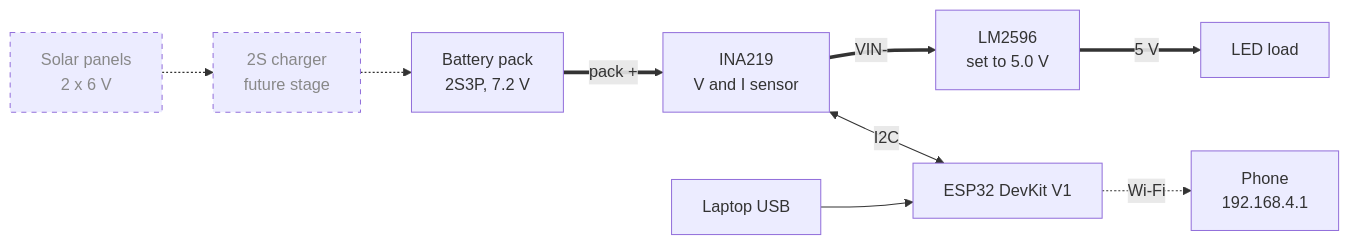
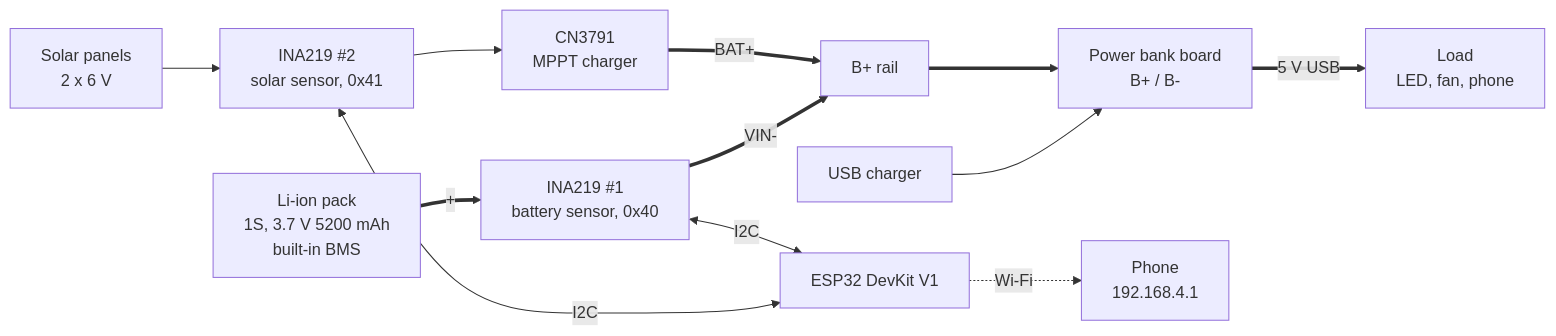
One commit to hardikrawat910-byte/smart-solar-bank changed the diagram in README.md. Above: the diagram before and after it, drawn with Mermaid. The commit also changed other lines of this file and 3 other files, not shown here.

First line of the commit message:
Document the v2 build: 1S pack, power bank board, CN3791 solar

````diff
--- a/README.md
+++ b/README.md
@@ -24,12 +36,14 @@
 ```mermaid
 flowchart LR
-    SP[Solar panels<br/>2 x 6 V]:::future -.-> CH[2S charger<br/>future stage]:::future
-    CH -.-> BAT[Battery pack<br/>2S3P, 7.2 V]
-    BAT ==>|pack +| INA[INA219<br/>V and I sensor]
-    INA ==>|VIN-| LM[LM2596<br/>set to 5.0 V]
-    LM ==>|5 V| LOAD[LED load]
-    INA <-->|I2C| ESP[ESP32 DevKit V1]
-    USB[Laptop USB] --> ESP
+    SP[Solar panels<br/>2 x 6 V] --> S2[INA219 #2<br/>solar sensor, 0x41]
+    S2 --> CN[CN3791<br/>MPPT charger]
+    CN ==>|BAT+| NODE[B+ rail]
+    BAT[Li-ion pack<br/>1S, 3.7 V 5200 mAh<br/>built-in BMS] ==>|+| S1[INA219 #1<br/>battery sensor, 0x40]
+    S1 ==>|VIN-| NODE
+    NODE ==> PB[Power bank board<br/>B+ / B-]
+    USBIN[USB charger] --> PB
+    PB ==>|5 V USB| LOAD[Load<br/>LED, fan, phone]
+    S1 <-->|I2C| ESP[ESP32 DevKit V1]
+    S2 <-->|I2C| ESP
     ESP -.->|Wi-Fi| PH[Phone<br/>192.168.4.1]
-    classDef future stroke-dasharray: 5 5,color:#888
 ```
````
